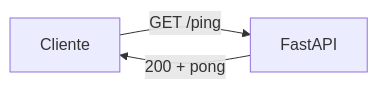
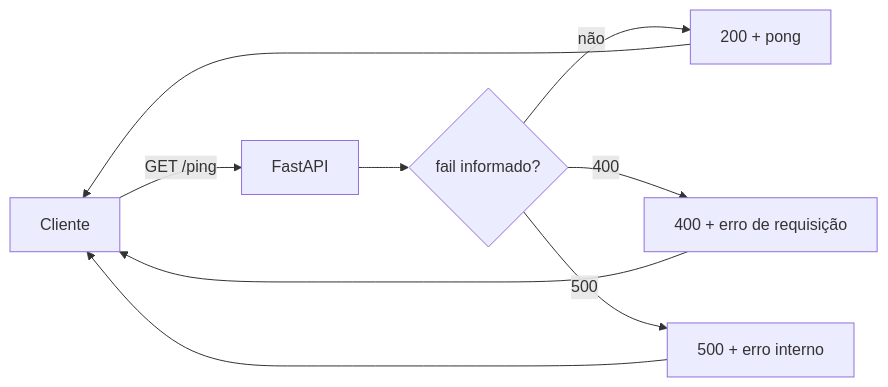
The second of 2 diagrams in docs/diagrams/ping-flow.md (francesquini88/edp-case-default), drawn with Mermaid before and after one commit. The commit also changed other lines of this file, not shown here.

Commit message:
Update ping diagram with error flows

````diff
--- a/docs/diagrams/ping-flow.md
+++ b/docs/diagrams/ping-flow.md
@@ -14,5 +20,11 @@
 ```mermaid
 flowchart LR
     Cliente -->|GET /ping| FastAPI
-    FastAPI -->|200 + pong| Cliente
+    FastAPI --> Decisao{fail informado?}
+    Decisao -->|não| OK[200 + pong]
+    Decisao -->|400| BadRequest[400 + erro de requisição]
+    Decisao -->|500| InternalError[500 + erro interno]
+    OK --> Cliente
+    BadRequest --> Cliente
+    InternalError --> Cliente
 ```
````
